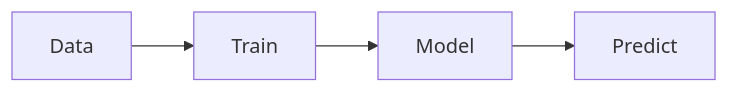
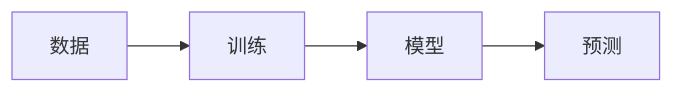
Before and after one commit to EmersonBraun/ai-summary-hub: the diagram in i18n/zh-Hans/docusaurus-plugin-content-docs/current/fundamentals/machine-learning.md, drawn with Mermaid. The commit also changed other lines of this file and 384 other files, not shown here.

````diff
--- a/i18n/zh-Hans/docusaurus-plugin-content-docs/current/fundamentals/machine-learning.md
+++ b/i18n/zh-Hans/docusaurus-plugin-content-docs/current/fundamentals/machine-learning.md
@@ -17,6 +17,6 @@
 ```mermaid
 flowchart LR
-  Data[Data] --> Train[Train]
-  Train --> Model[Model]
-  Model --> Predict[Predict]
+  Data[数据] --> Train[训练]
+  Train --> Model[模型]
+  Model --> Predict[预测]
 ```
````
